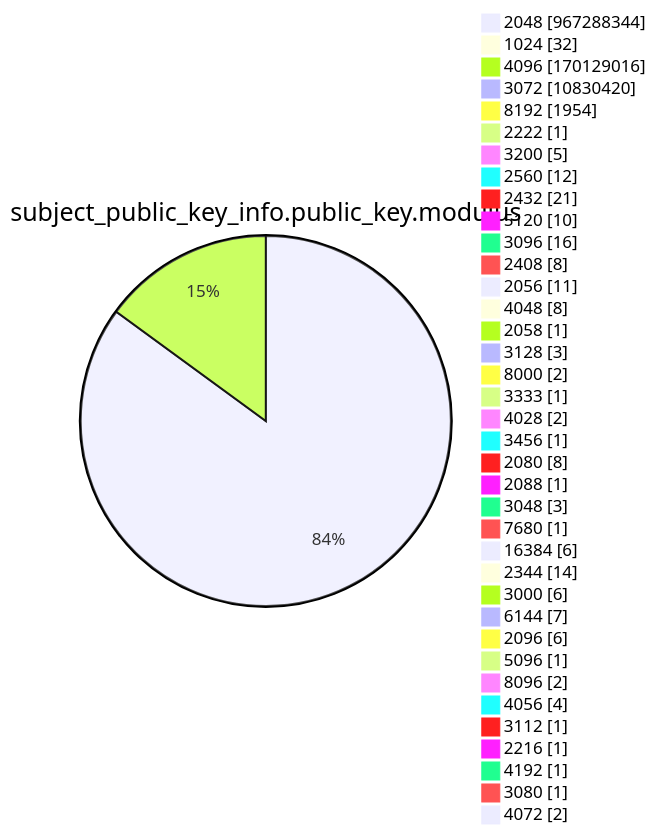
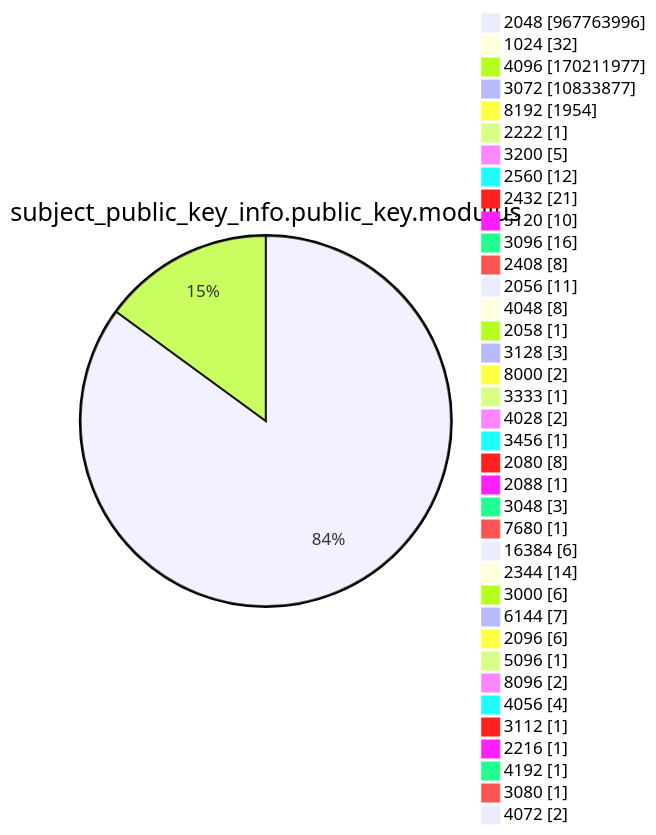
Diagram 13 of 15 in argon2022/README.md (christiankrug/ctmonitor_visualization), drawn with Mermaid before and after one commit. The commit also changed other lines of this file, not shown here.

````diff
--- a/argon2022/README.md
+++ b/argon2022/README.md
@@ -3587,41 +3587,41 @@
 ```mermaid
 pie showData
 title subject_public_key_info.public_key.modulus
-"2048" :967288344
+"2048" :967763996
 "1024" :32
-"4096" :170129016
-"3072" :10830420
+"4096" :170211977
+"3072" :10833877
 "8192" :1954
 "2222" :1
 "3200" :5
 "2560" :12
 "2432" :21
 "5120" :10
 "3096" :16
 "2408" :8
 "2056" :11
 "4048" :8
 "2058" :1
 "3128" :3
 "8000" :2
 "3333" :1
 "4028" :2
 "3456" :1
 "2080" :8
 "2088" :1
 "3048" :3
 "7680" :1
 "16384" :6
 "2344" :14
 "3000" :6
 "6144" :7
 "2096" :6
 "5096" :1
 "8096" :2
 "4056" :4
 "3112" :1
 "2216" :1
 "4192" :1
 "3080" :1
 "4072" :2
 ```
````
